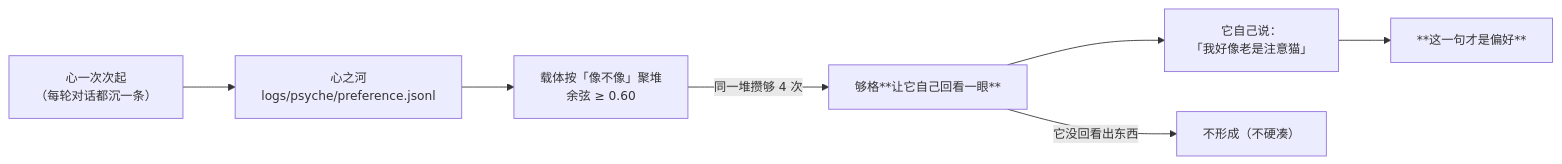
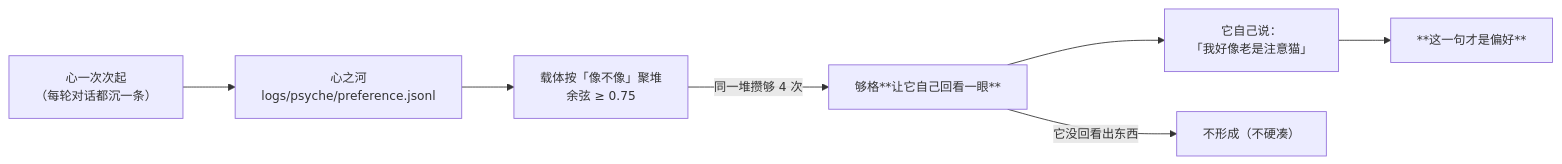
The diagram in docs/preference.md (jiangchuangege/xiaojiao-harnees), drawn with Mermaid before and after one commit. The commit also changed other lines of this file and 6 other files, not shown here.

Commit message:
收尾：文档/图对齐 + release 核对（全部对齐到最新进度）

````diff
--- a/docs/preference.md
+++ b/docs/preference.md
@@ -22,10 +22,10 @@
 ```mermaid
 %%{init: {"themeVariables": {"fontSize": "14px"}, "flowchart": {"htmlLabels": true, "wrappingWidth": 340, "nodeSpacing": 46, "rankSpacing": 60, "useMaxWidth": true}}}%%
 flowchart LR
     H["心一次次起<br/>（每轮对话都沉一条）"] --> R["心之河<br/>logs/psyche/preference.jsonl"]
-    R --> C["载体按「像不像」聚堆<br/>余弦 ≥ 0.60"]
+    R --> C["载体按「像不像」聚堆<br/>余弦 ≥ 0.75"]
     C -->|"同一堆攒够 4 次"| Q["够格**让它自己回看一眼**"]
     Q --> M["它自己说：<br/>「我好像老是注意猫」"]
     M --> P["**这一句才是偏好**"]
     Q -->|"它没回看出东西"| N["不形成（不硬凑）"]
 ```
````
